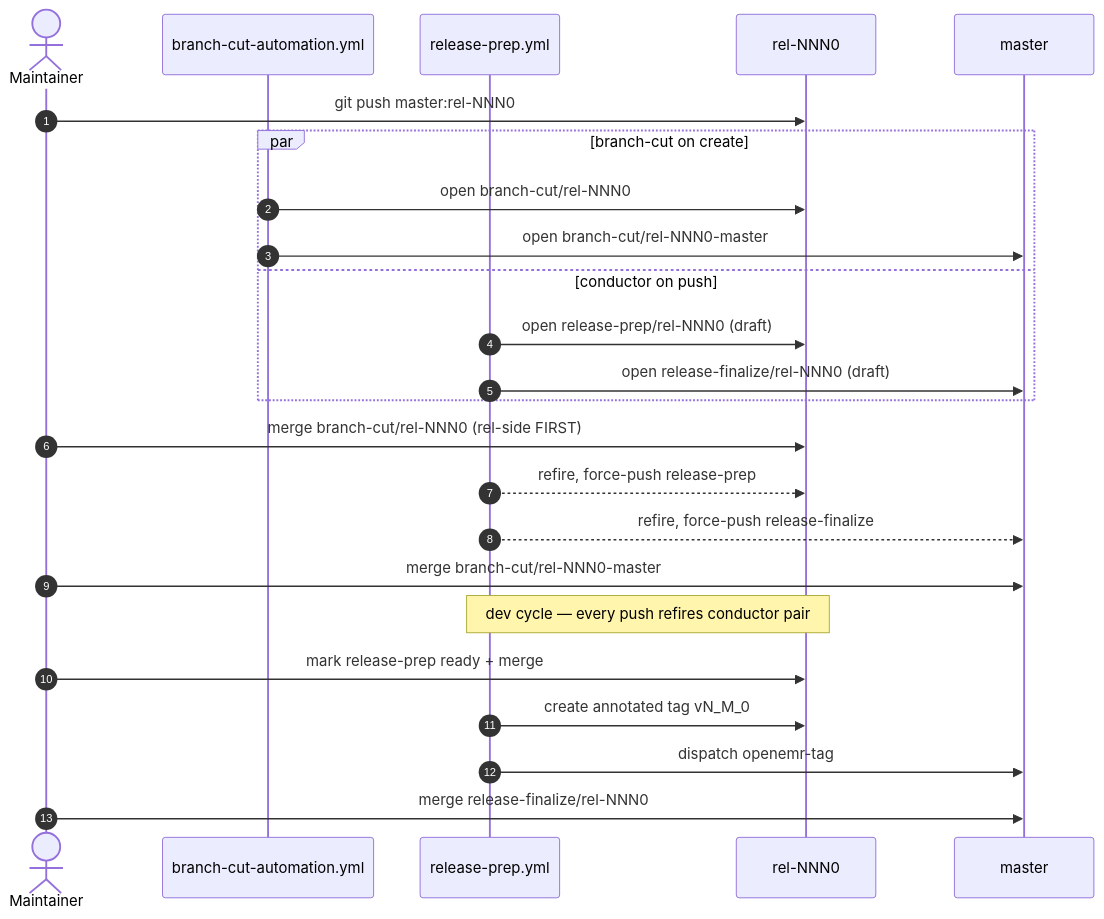
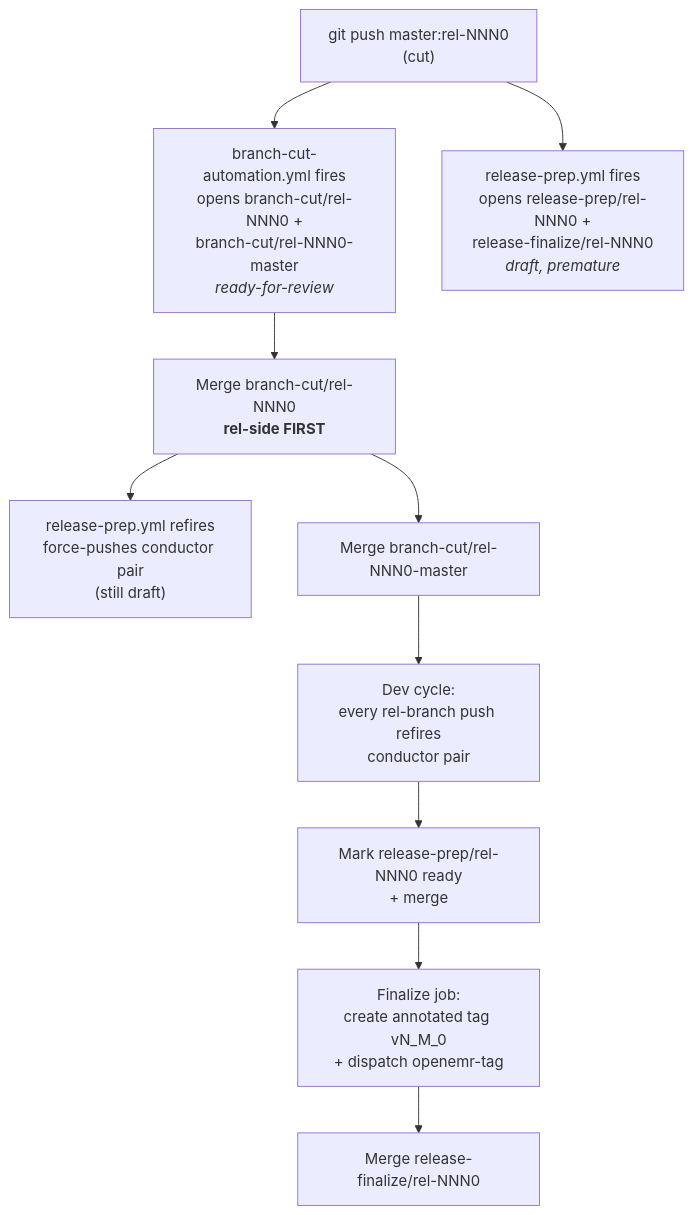
One commit to openemr/openemr changed the first of 2 diagrams in docs/release-automation-plan.md. Above: the diagram before and after it, drawn with Mermaid. The commit also changed other lines of this file, not shown here.

First line of the commit message:
docs(release): swap sequenceDiagram for flowchart TD

````diff
--- a/docs/release-automation-plan.md
+++ b/docs/release-automation-plan.md
@@ -360,32 +360,13 @@
 ```mermaid
-sequenceDiagram
-    autonumber
-    actor M as Maintainer
-    participant BC as branch-cut-automation.yml
-    participant CP as release-prep.yml
-    participant R as rel-NNN0
-    participant Mas as master
-
-    M->>R: git push master:rel-NNN0
-    par branch-cut on create
-        BC->>R: open branch-cut/rel-NNN0
-        BC->>Mas: open branch-cut/rel-NNN0-master
-    and conductor on push
-        CP->>R: open release-prep/rel-NNN0 (draft)
-        CP->>Mas: open release-finalize/rel-NNN0 (draft)
-    end
-
-    M->>R: merge branch-cut/rel-NNN0 (rel-side FIRST)
-    CP-->>R: refire, force-push release-prep
-    CP-->>Mas: refire, force-push release-finalize
-
-    M->>Mas: merge branch-cut/rel-NNN0-master
-
-    Note over R,CP: dev cycle — every push refires conductor pair
-
-    M->>R: mark release-prep ready + merge
-    CP->>R: create annotated tag vN_M_0
-    CP->>Mas: dispatch openemr-tag
-
-    M->>Mas: merge release-finalize/rel-NNN0
+flowchart TD
+    A["git push master:rel-NNN0<br/>(cut)"]
+    A --> B["branch-cut-automation.yml fires<br/>opens branch-cut/rel-NNN0 +<br/>branch-cut/rel-NNN0-master<br/><i>ready-for-review</i>"]
+    A --> C["release-prep.yml fires<br/>opens release-prep/rel-NNN0 +<br/>release-finalize/rel-NNN0<br/><i>draft, premature</i>"]
+    B --> D["Merge branch-cut/rel-NNN0<br/><b>rel-side FIRST</b>"]
+    D --> E["release-prep.yml refires<br/>force-pushes conductor pair<br/>(still draft)"]
+    D --> F["Merge branch-cut/rel-NNN0-master"]
+    F --> G["Dev cycle:<br/>every rel-branch push refires<br/>conductor pair"]
+    G --> H["Mark release-prep/rel-NNN0 ready<br/>+ merge"]
+    H --> I["Finalize job:<br/>create annotated tag vN_M_0<br/>+ dispatch openemr-tag"]
+    I --> J["Merge release-finalize/rel-NNN0"]
 ```
````
